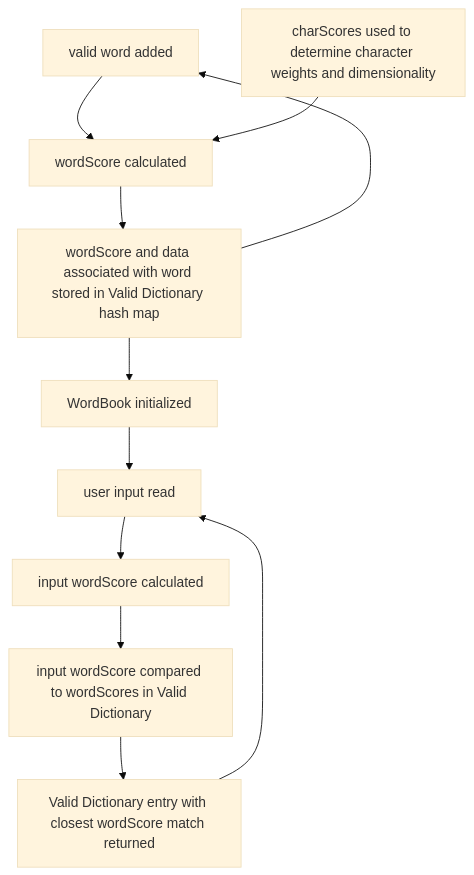
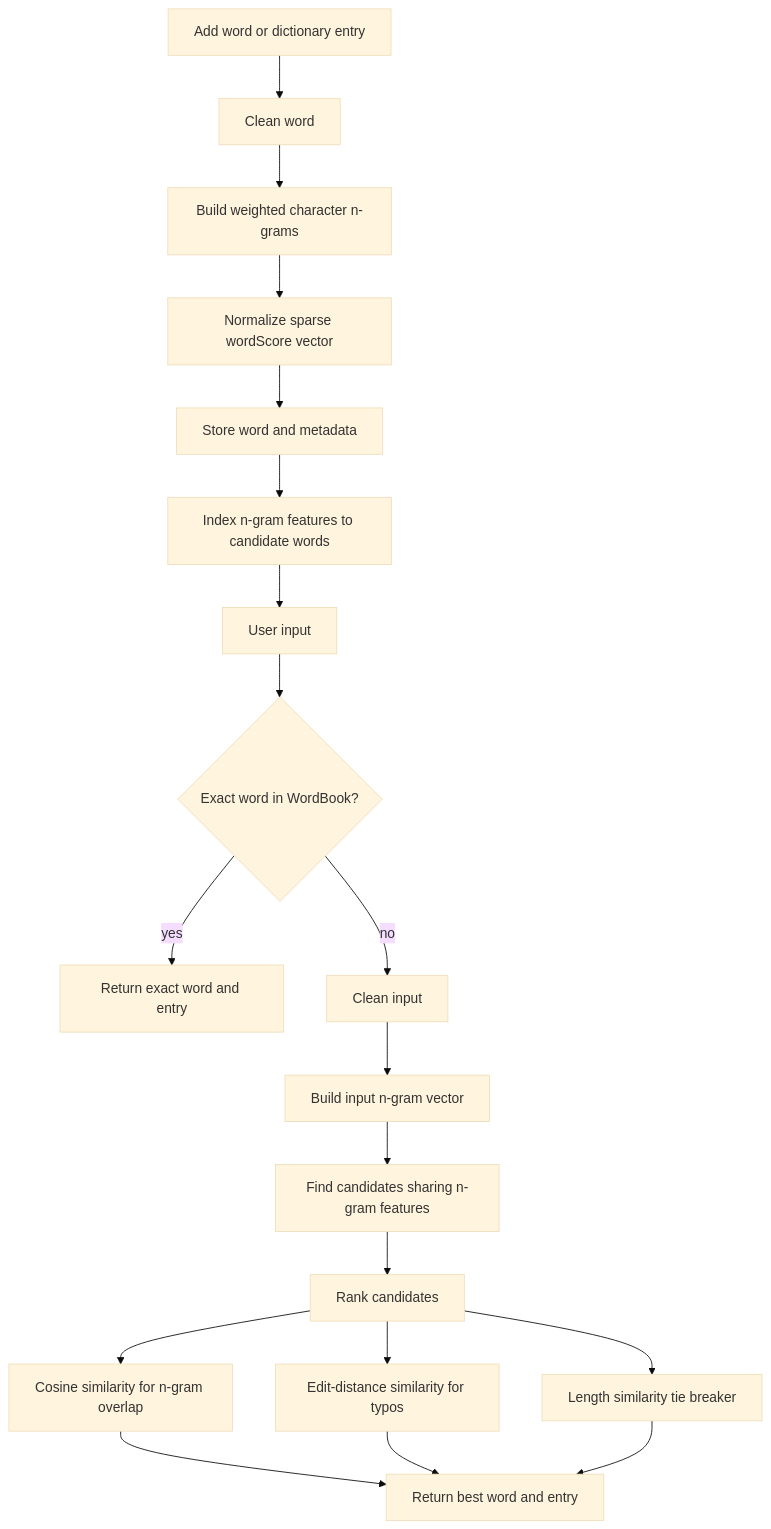
Before and after one commit to AndrewWritesCode/Custom-Spellcheck: the diagram in README.md, drawn with Mermaid (base theme). The commit also changed other lines of this file, not shown here.

````diff
--- a/README.md
+++ b/README.md
@@ -9,13 +9,21 @@
 ```mermaid
 graph TD;
-    A[valid word added]-->B[wordScore calculated];
-    C[charScores used to determine character weights and dimensionality]-->B[wordScore calculated];
-    B[wordScore calculated]-->D[wordScore and data associated with word stored in Valid Dictionary hash map];
-    D[wordScore and data associated with word stored in Valid Dictionary hash map]-->E[WordBook];
-    D-->A
-    E[WordBook initialized]-->F[user input read];
-    F[user input read]-->G[input wordScore calculated];
-    G[input wordScore calculated]-->H[input wordScore compared to wordScores in Valid Dictionary];
-    H[input wordScore compared to wordScores in Valid Dictionary]-->J[Valid Dictionary entry with closest wordScore match returned];
-    J[Valid Dictionary entry with closest wordScore match returned]-->F[user input read];
+    A[Add word or dictionary entry] --> B[Clean word];
+    B --> C[Build weighted character n-grams];
+    C --> D[Normalize sparse wordScore vector];
+    D --> E[Store word and metadata];
+    E --> F[Index n-gram features to candidate words];
+    F --> G[User input];
+    G --> H{Exact word in WordBook?};
+    H -->|yes| I[Return exact word and entry];
+    H -->|no| J[Clean input];
+    J --> K[Build input n-gram vector];
+    K --> L[Find candidates sharing n-gram features];
+    L --> M[Rank candidates];
+    M --> N[Cosine similarity for n-gram overlap];
+    M --> O[Edit-distance similarity for typos];
+    M --> P[Length similarity tie breaker];
+    N --> Q[Return best word and entry];
+    O --> Q;
+    P --> Q;
 ```
````
